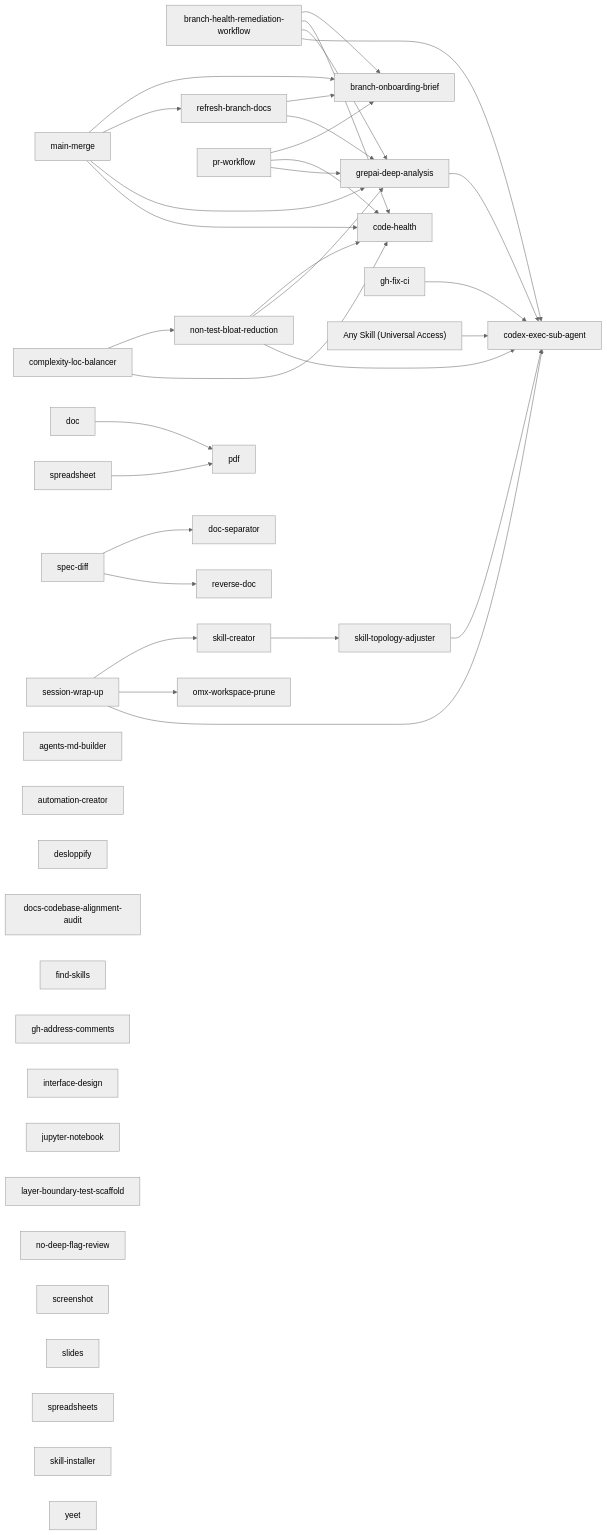
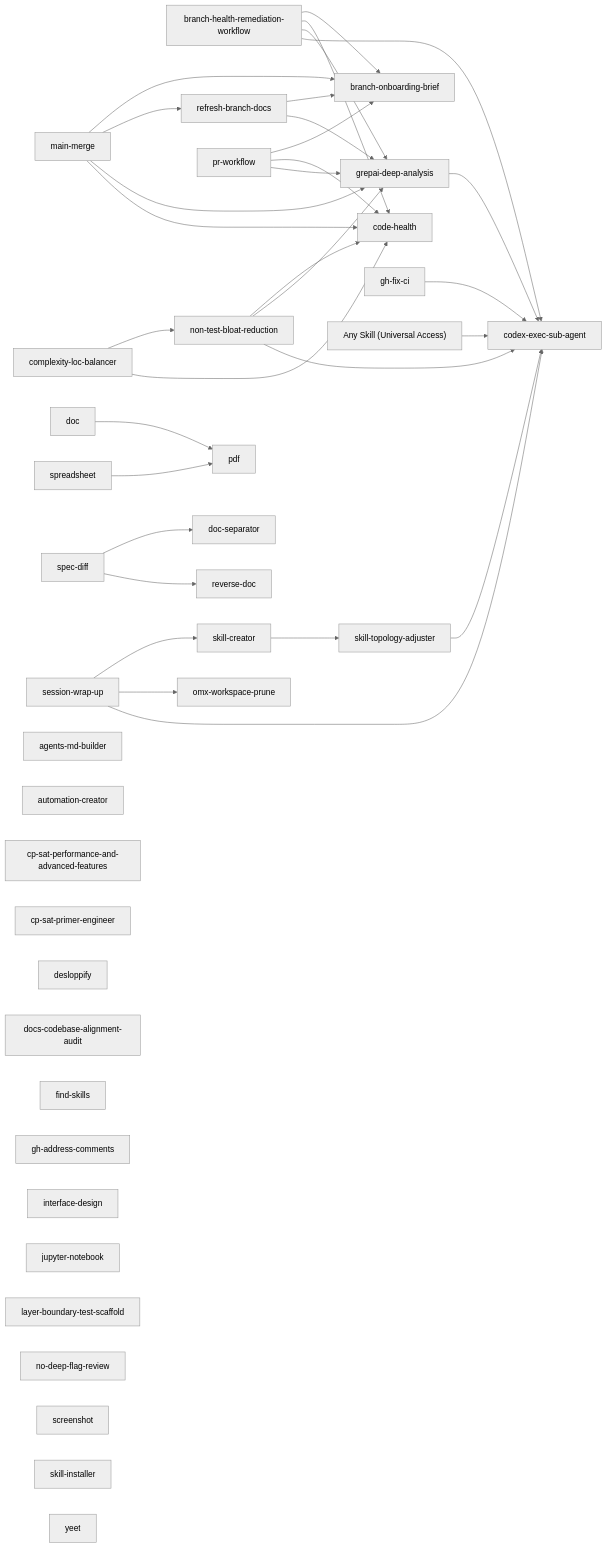
Before and after one commit to tinker495/codex-assets: the first of 2 diagrams in skills/skill-topology-adjuster/references/skill_topology.md, drawn with Mermaid (neutral theme). The commit also changed other lines of this file and 7 other files, not shown here.

````diff
--- a/skills/skill-topology-adjuster/references/skill_topology.md
+++ b/skills/skill-topology-adjuster/references/skill_topology.md
@@ -105,58 +107,58 @@
 ```mermaid
 flowchart LR
   BHRW["branch-health-remediation-workflow"] --> BOB["branch-onboarding-brief"]
   BHRW --> CH["code-health"]
   BHRW --> GDA["grepai-deep-analysis"]
 
   NTBR["non-test-bloat-reduction"] --> CH
   NTBR --> GDA
 
   CLB["complexity-loc-balancer"] --> NTBR
   CLB --> CH
 
   MM["main-merge"] --> BOB
   MM --> RBD["refresh-branch-docs"]
   MM --> GDA
   MM --> CH
 
   RBD --> BOB
   RBD --> GDA
 
   PR["pr-workflow"] --> BOB
   PR --> CH
   PR --> GDA
 
   SWU["session-wrap-up"] --> SC["skill-creator"]
   SWU --> OWP["omx-workspace-prune"]
   SC --> STA["skill-topology-adjuster"]
 
   DOC["doc"] --> PDF["pdf"]
   SPD["spec-diff"] --> DSEP["doc-separator"]
   SPD --> RD["reverse-doc"]
   SS["spreadsheet"] --> PDF
 
   AMB["agents-md-builder"]
   AC["automation-creator"]
+  CSPA["cp-sat-performance-and-advanced-features"]
+  CPS["cp-sat-primer-engineer"]
   DES["desloppify"]
   DCAA["docs-codebase-alignment-audit"]
   FS["find-skills"]
   GHF["gh-fix-ci"]
   GHC["gh-address-comments"]
   IFD["interface-design"]
   JNB["jupyter-notebook"]
   LBTS["layer-boundary-test-scaffold"]
   NDF["no-deep-flag-review"]
   SHOT["screenshot"]
-  SLI["slides"]
-  SPS["spreadsheets"]
   SI["skill-installer"]
   YEET["yeet"]
 
   ANY["Any Skill (Universal Access)"] --> CESA["codex-exec-sub-agent"]
   GDA --> CESA
   BHRW --> CESA
   NTBR --> CESA
   STA --> CESA
   SWU --> CESA
   GHF --> CESA
 ```
````
